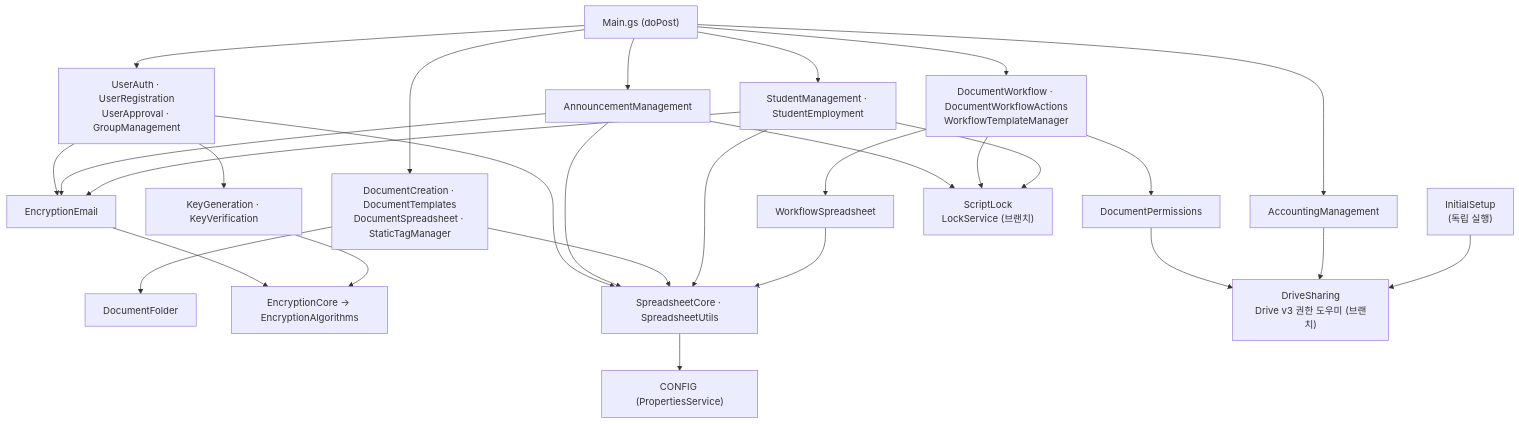
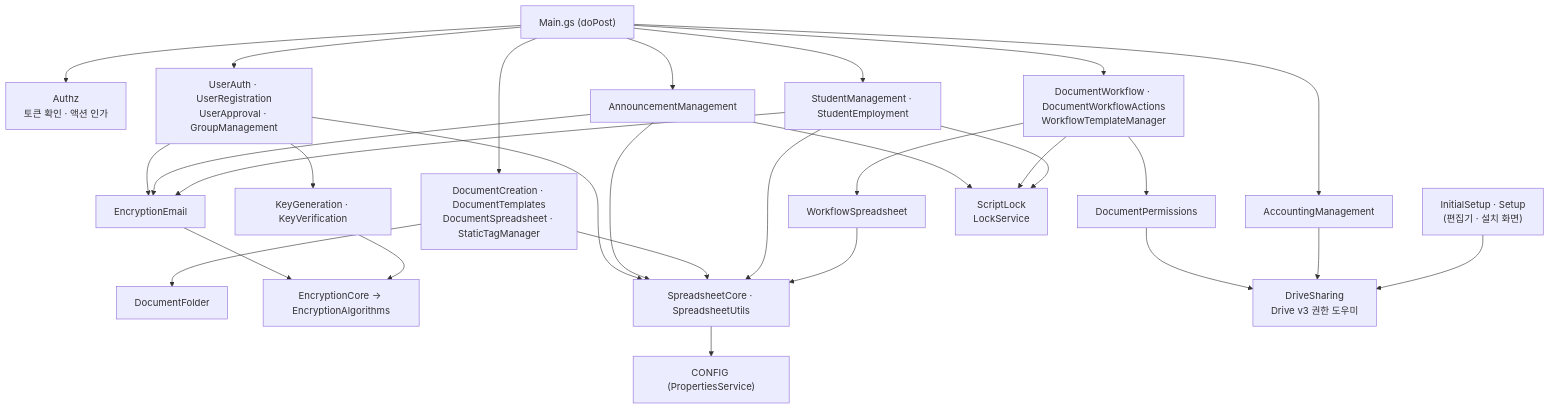
Before and after one commit to semicolon213/hot_potato_remake: diagram 13 of 14 in docs/ARCHITECTURE.md, drawn with Mermaid. The commit also changed other lines of this file and 14 other files, not shown here.

````diff
--- a/docs/ARCHITECTURE.md
+++ b/docs/ARCHITECTURE.md
@@ -419,21 +420,22 @@
 ```mermaid
 flowchart TB
-    MAIN["Main.gs (doPost)"] --> USER["UserAuth · UserRegistration<br/>UserApproval · GroupManagement"]
+    MAIN["Main.gs (doPost)"] --> AUTHZ["Authz<br/>토큰 확인 · 액션 인가"]
+    MAIN --> USER["UserAuth · UserRegistration<br/>UserApproval · GroupManagement"]
     MAIN --> NOTICE["AnnouncementManagement"]
     MAIN --> WORK["DocumentWorkflow · DocumentWorkflowActions<br/>WorkflowTemplateManager"]
     MAIN --> DOCS["DocumentCreation · DocumentTemplates<br/>DocumentSpreadsheet · StaticTagManager"]
     MAIN --> ACCT["AccountingManagement"]
     MAIN --> STUD["StudentManagement · StudentEmployment"]
     WORK --> WSHEET["WorkflowSpreadsheet"]
     WORK --> PERM["DocumentPermissions"]
     DOCS --> FOLDER["DocumentFolder"]
     USER & NOTICE & STUD --> EMAIL["EncryptionEmail"]
     EMAIL --> ECORE["EncryptionCore → EncryptionAlgorithms"]
     USER --> KEY["KeyGeneration · KeyVerification"]
     KEY --> ECORE
     USER & NOTICE & DOCS & STUD & WSHEET --> SCORE["SpreadsheetCore · SpreadsheetUtils"]
     SCORE --> CONFIG["CONFIG (PropertiesService)"]
-    INIT["InitialSetup<br/>(독립 실행)"]
-    PERM & ACCT & INIT --> SHARE["DriveSharing<br/>Drive v3 권한 도우미 (브랜치)"]
-    NOTICE & WORK & STUD --> LOCK["ScriptLock<br/>LockService (브랜치)"]
+    INIT["InitialSetup · Setup<br/>(편집기 · 설치 화면)"]
+    PERM & ACCT & INIT --> SHARE["DriveSharing<br/>Drive v3 권한 도우미"]
+    NOTICE & WORK & STUD --> LOCK["ScriptLock<br/>LockService"]
 ```
````
